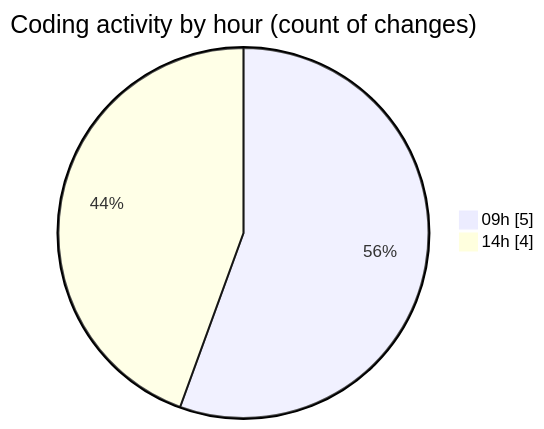
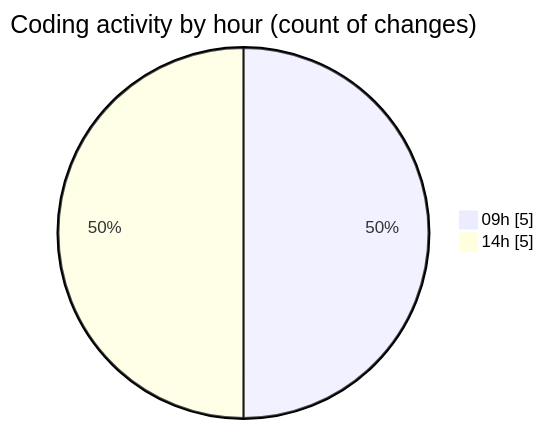
Before and after one commit to MatusMokan/code-tracking: the second of 2 diagrams in 2025-11-25/untitled__workspace_/README.md, drawn with Mermaid. The commit also changed other lines of this file and 1 other file, not shown here.

````diff
--- a/2025-11-25/untitled__workspace_/README.md
+++ b/2025-11-25/untitled__workspace_/README.md
@@ -33,6 +33,6 @@
 ```mermaid
 pie showData
 title Coding activity by hour (count of changes)
 "09h" : 5
-"14h" : 4
+"14h" : 5
 ```
````
